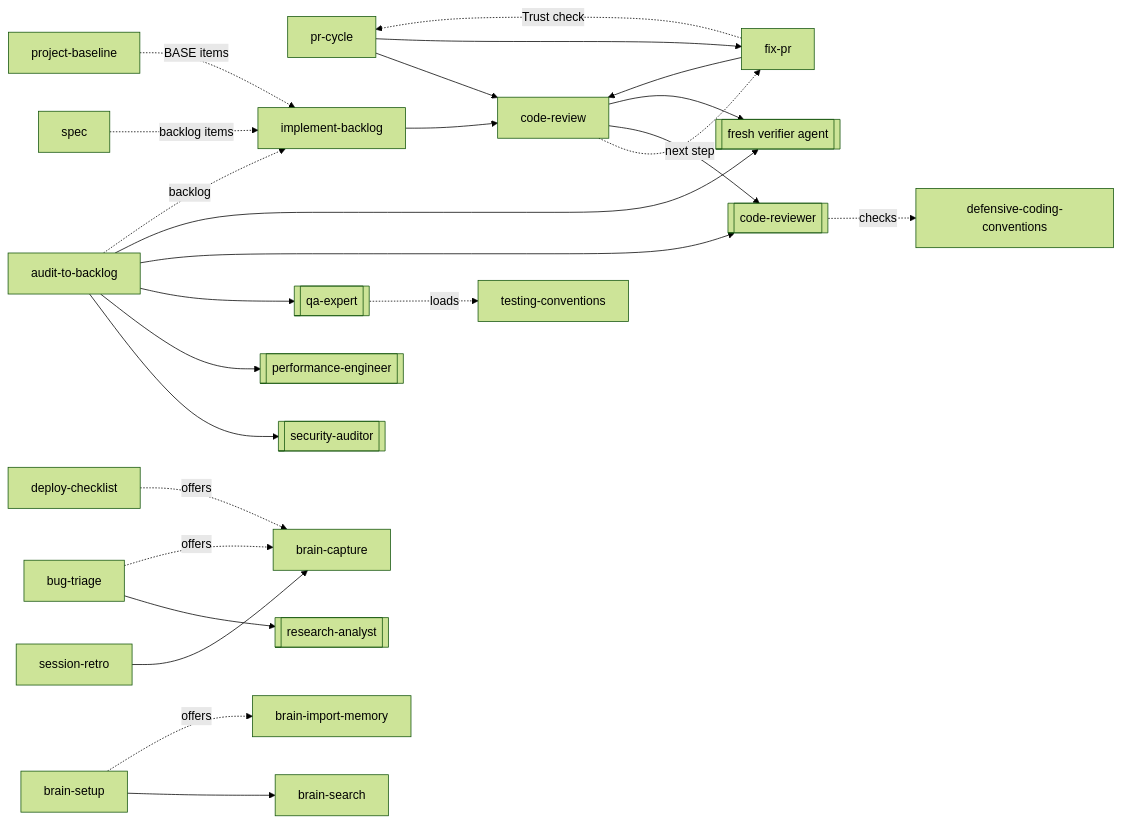
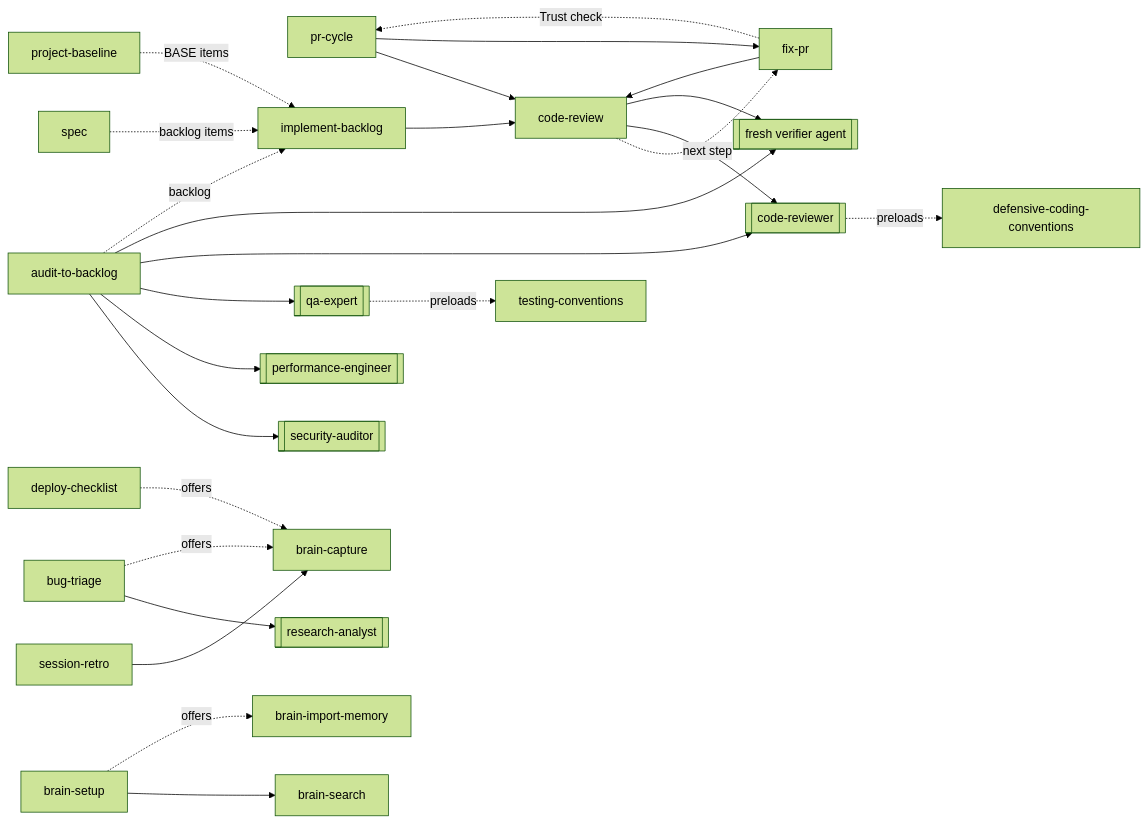
One commit to msolecki/developer-os changed the second of 2 diagrams in docs/architecture/overview.md. Above: the diagram before and after it, drawn with Mermaid (forest theme). The commit also changed other lines of this file and 112 other files, not shown here.

````diff
--- a/docs/architecture/overview.md
+++ b/docs/architecture/overview.md
@@ -115,27 +115,27 @@
 ```mermaid
 flowchart LR
   pr-cycle --> code-review
   pr-cycle --> fix-pr
   fix-pr --> code-review
   code-review -. next step .-> fix-pr
   fix-pr -. Trust check .-> pr-cycle
   code-review --> code-reviewer[[code-reviewer]]
   code-review --> verifier[[fresh verifier agent]]
   audit-to-backlog --> security-auditor[[security-auditor]]
   audit-to-backlog --> performance-engineer[[performance-engineer]]
   audit-to-backlog --> qa-expert[[qa-expert]]
   audit-to-backlog --> code-reviewer
   audit-to-backlog --> verifier
   implement-backlog --> code-review
   bug-triage --> research-analyst[[research-analyst]]
   spec -. backlog items .-> implement-backlog
   audit-to-backlog -. backlog .-> implement-backlog
   project-baseline -. BASE items .-> implement-backlog
   session-retro --> brain-capture
   brain-setup --> brain-search
   brain-setup -. offers .-> brain-import-memory
   bug-triage -. offers .-> brain-capture
   deploy-checklist -. offers .-> brain-capture
-  code-reviewer -. checks .-> defensive-coding-conventions
-  qa-expert -. loads .-> testing-conventions
+  code-reviewer -. preloads .-> defensive-coding-conventions
+  qa-expert -. preloads .-> testing-conventions
 ```
````
